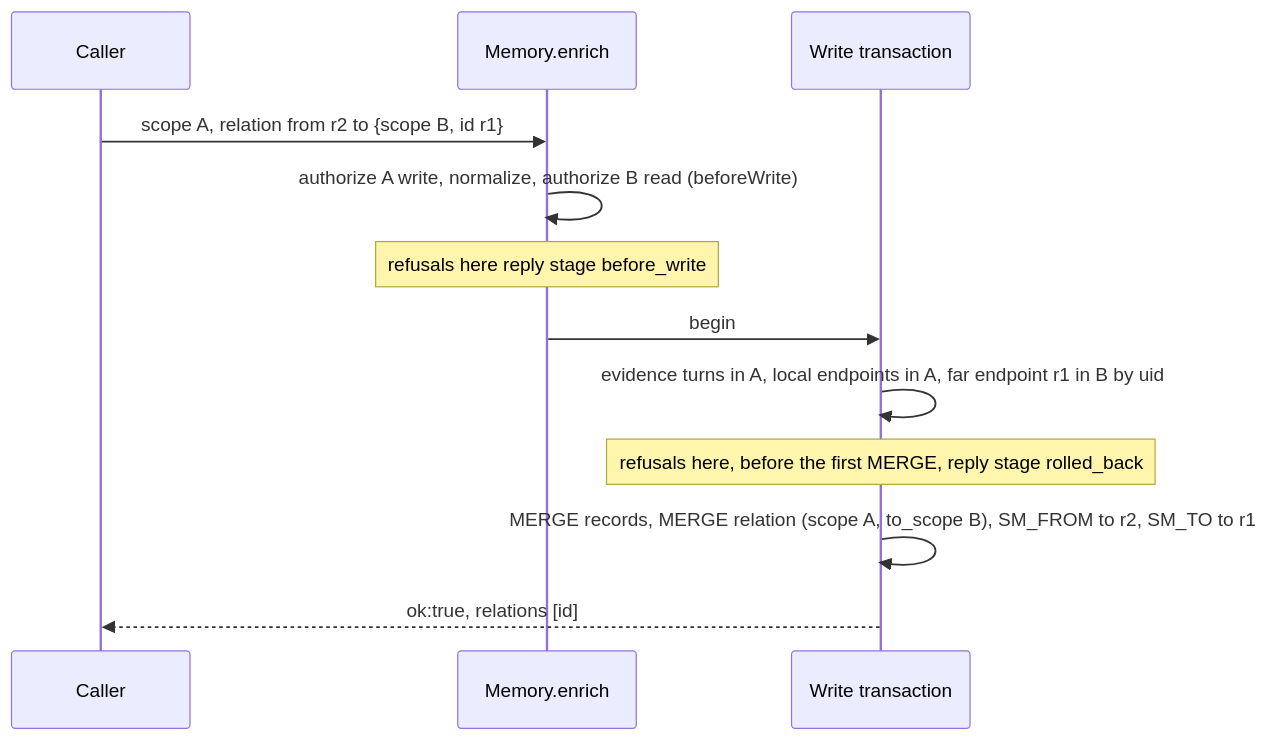
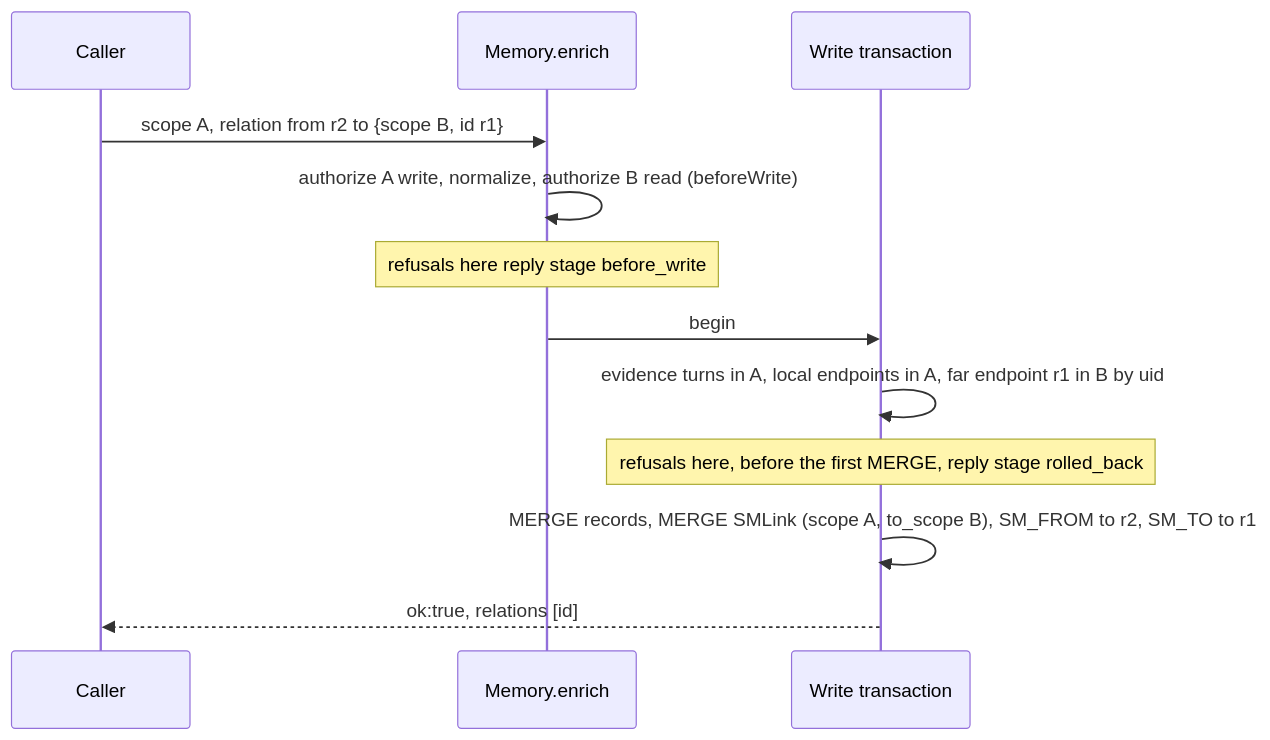
Before and after one commit to Token-Smelter/source-memory: the third of 5 diagrams in docs/NAMESPACING.md, drawn with Mermaid. The commit also changed other lines of this file, not shown here.

````diff
--- a/docs/NAMESPACING.md
+++ b/docs/NAMESPACING.md
@@ -111,14 +115,14 @@
 ```mermaid
 sequenceDiagram
   participant C as Caller
   participant M as Memory.enrich
   participant T as Write transaction
   C->>M: scope A, relation from r2 to {scope B, id r1}
   M->>M: authorize A write, normalize, authorize B read (beforeWrite)
   Note over M: refusals here reply stage before_write
   M->>T: begin
   T->>T: evidence turns in A, local endpoints in A, far endpoint r1 in B by uid
   Note over T: refusals here, before the first MERGE, reply stage rolled_back
-  T->>T: MERGE records, MERGE relation (scope A, to_scope B), SM_FROM to r2, SM_TO to r1
+  T->>T: MERGE records, MERGE SMLink (scope A, to_scope B), SM_FROM to r2, SM_TO to r1
   T-->>C: ok:true, relations [id]
 ```
````
